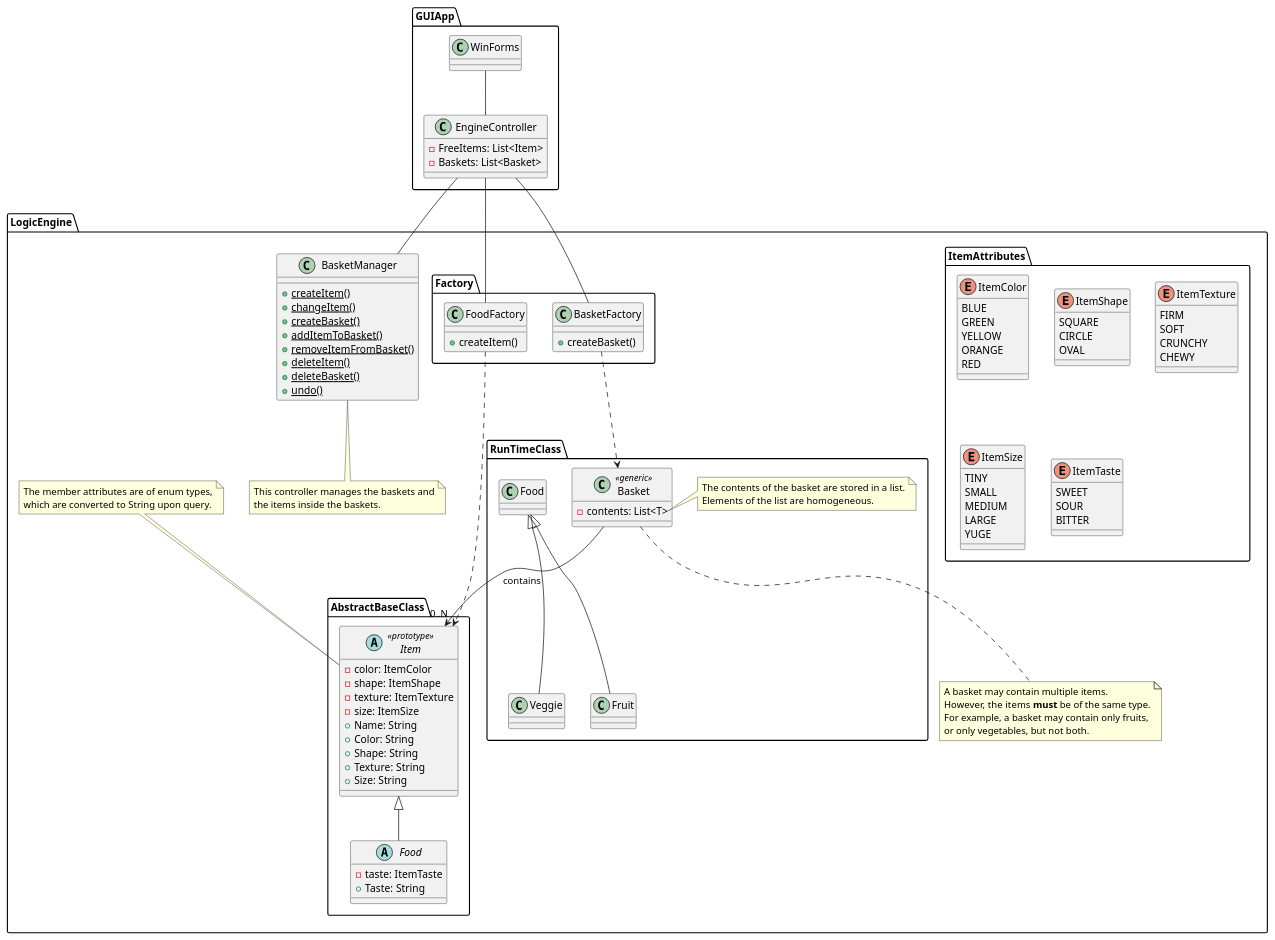
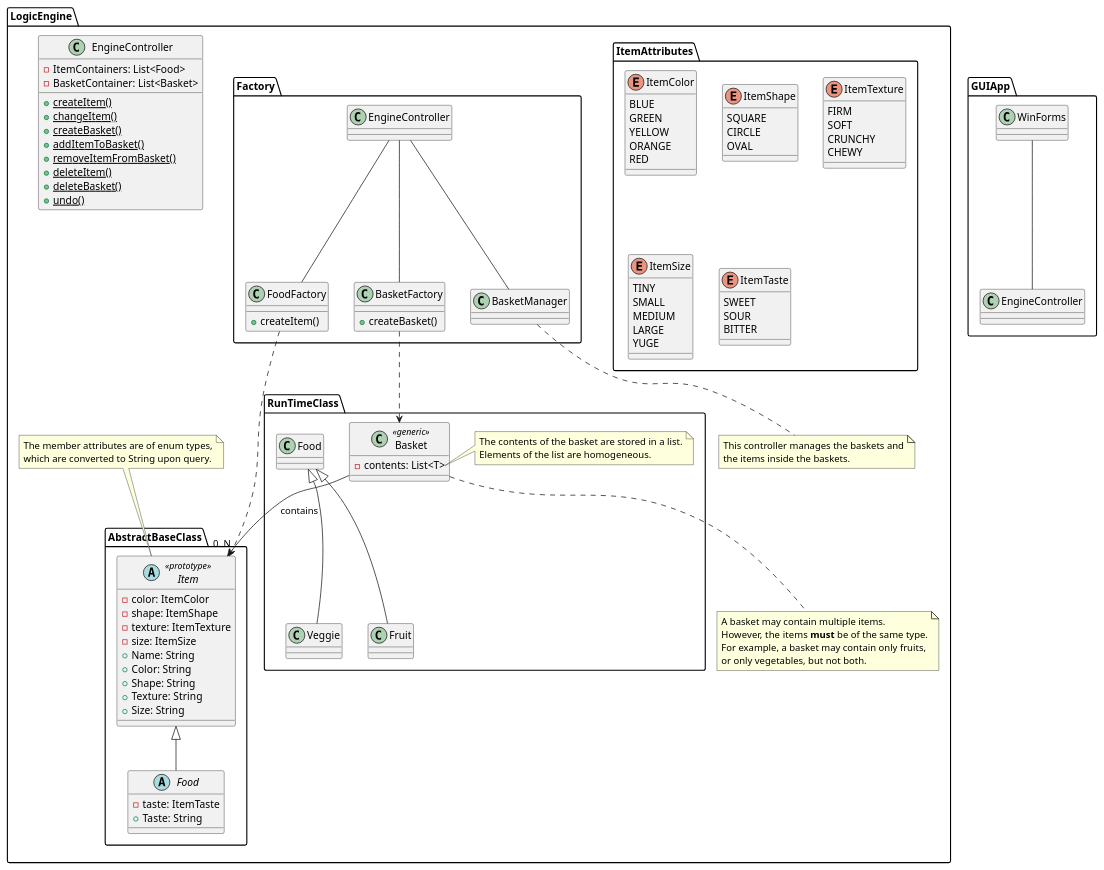
One commit to abenezerangelos/wsu-cpts321-Final changed the diagram in FinalExamProject/Design_Documents/CharlesNorden-ClassDiagram.wsd. Above: the diagram before and after it, drawn with PlantUML. The commit also changed 1 other file, not shown here.

Commit message:
updated the design diagram.

```diff
--- a/FinalExamProject/Design_Documents/CharlesNorden-ClassDiagram.wsd
+++ b/FinalExamProject/Design_Documents/CharlesNorden-ClassDiagram.wsd
@@ -1,135 +1,132 @@
 @startuml "CharlesNorden-ClassDiagram"
 
 package "GUIApp" {
-    class EngineController {
-        -FreeItems: List<Item> 
-        -Baskets: List<Basket>
-    }
-
     WinForms -- EngineController
 }
 
 package "LogicEngine" {
-    class BasketManager {
+    class EngineController {
+        -ItemContainers: List<Food> 
+        -BasketContainer: List<Basket>
         {static} +createItem()
         {static} +changeItem()
         {static} +createBasket()
         {static} +addItemToBasket()
         {static} +removeItemFromBasket()
         {static} +deleteItem()
         {static} +deleteBasket()
         {static} +undo()
     }
 
     package "AbstractBaseClass" {
         abstract class Item << prototype >> {
             -color: ItemColor
             -shape: ItemShape
             -texture: ItemTexture
             -size: ItemSize
             +Name: String
             +Color: String
             +Shape: String
             +Texture: String
             +Size: String
         }
 
         abstract class Food extends Item {
             -taste: ItemTaste
             +Taste: String
         }
     }
 
     package "ItemAttributes" {
         enum ItemColor {
             BLUE
             GREEN
             YELLOW
             ORANGE
             RED
         }
 
         enum ItemShape {
             SQUARE
             CIRCLE
             OVAL
         }
 
         enum ItemTexture {
             FIRM
             SOFT
             CRUNCHY
             CHEWY
         }
 
         enum ItemSize {
             TINY
             SMALL
             MEDIUM
             LARGE
             YUGE
         }
 
         enum ItemTaste {
             SWEET
             SOUR
             BITTER
         }
     }
 
     package "RunTimeClass" {
         class Veggie extends Food {
         }
 
         class Fruit extends Food{
         }
 
         class Basket << generic >> {
             -contents: List<T>
         }
 
         note right of Basket::contents
             The contents of the basket are stored in a list.
             Elements of the list are homogeneous.
         end note
     }
 
     package Factory {
         class BasketFactory {
             +createBasket()
         }
 
         class FoodFactory {
             +createItem()
         }
 
         BasketFactory ..> Basket
         FoodFactory ..> Item
 
         EngineController -- BasketManager
         EngineController -- BasketFactory
         EngineController -- FoodFactory
 
         Basket --> "0..N" Item : contains
     }
 
     note bottom of BasketManager
         This controller manages the baskets and
         the items inside the baskets.
     end note
 
     note top of Item
         The member attributes are of enum types,
         which are converted to String upon query.
     end note
 
     note bottom of Basket
         A basket may contain multiple items.
         However, the items **must** be of the same type.
         For example, a basket may contain only fruits,
         or only vegetables, but not both.
     end note
 
 }
 
 @enduml
```
